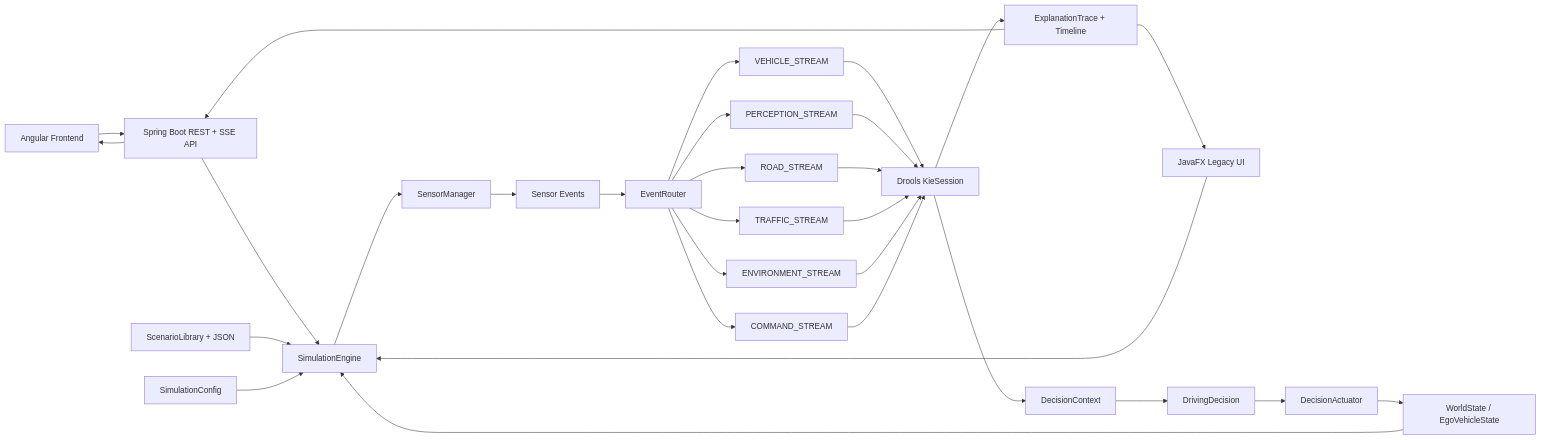
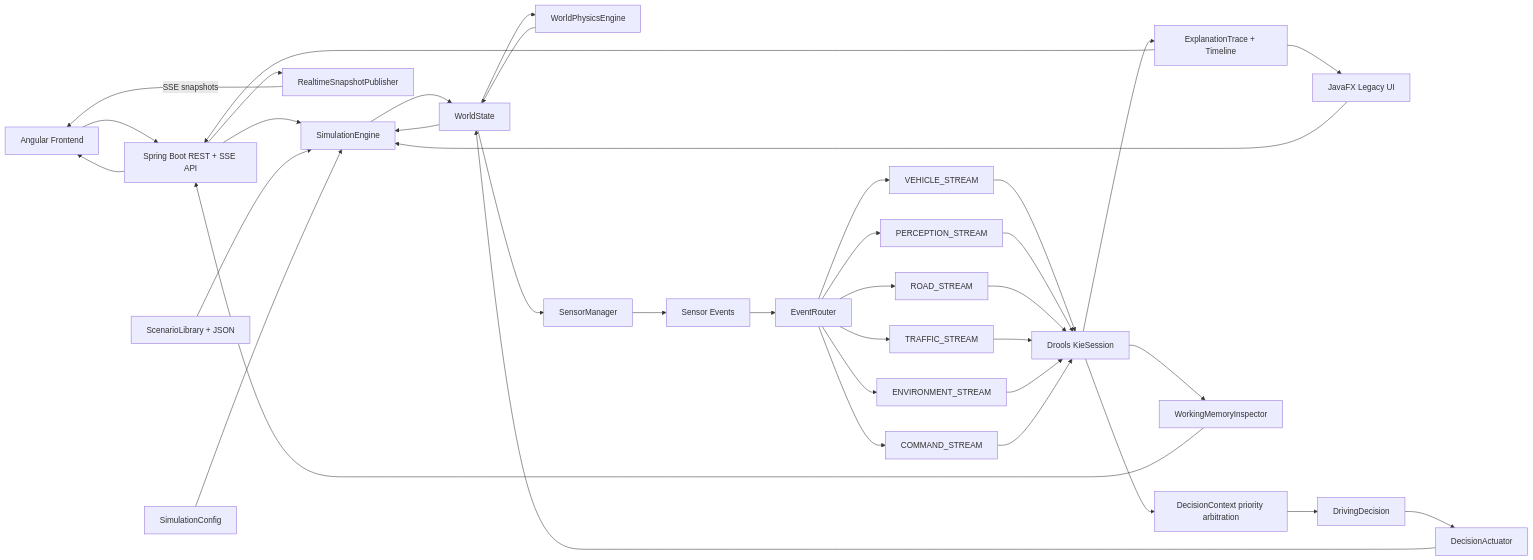
The diagram in diagrams/01-system-architecture.md (1-2Drive/projeto-1), drawn with Mermaid before and after one commit. The commit also changed 87 other files, not shown here.

````diff
--- a/diagrams/01-system-architecture.md
+++ b/diagrams/01-system-architecture.md
@@ -1,38 +1,45 @@
 ```mermaid
 flowchart LR
     ANG[Angular Frontend] --> API[Spring Boot REST + SSE API]
     JAVA_FX[JavaFX Legacy UI] --> ENGINE[SimulationEngine]
     API --> ENGINE
 
     SCENARIO[ScenarioLibrary + JSON] --> ENGINE
     CONFIG[SimulationConfig] --> ENGINE
 
-    ENGINE --> SENSORS[SensorManager]
+    ENGINE --> WORLD[WorldState]
+    WORLD --> PHYSICS[WorldPhysicsEngine]
+    PHYSICS --> WORLD
+    WORLD --> SENSORS[SensorManager]
     SENSORS --> EVENTS[Sensor Events]
     EVENTS --> ROUTER[EventRouter]
 
     ROUTER --> EP1[VEHICLE_STREAM]
     ROUTER --> EP2[PERCEPTION_STREAM]
     ROUTER --> EP3[ROAD_STREAM]
     ROUTER --> EP4[TRAFFIC_STREAM]
     ROUTER --> EP5[ENVIRONMENT_STREAM]
     ROUTER --> EP6[COMMAND_STREAM]
 
     EP1 --> DROOLS[Drools KieSession]
     EP2 --> DROOLS
     EP3 --> DROOLS
     EP4 --> DROOLS
     EP5 --> DROOLS
     EP6 --> DROOLS
 
-    DROOLS --> CTX[DecisionContext]
+    DROOLS --> CTX[DecisionContext priority arbitration]
     CTX --> DECISION[DrivingDecision]
     DECISION --> ACT[DecisionActuator]
-    ACT --> WORLD[WorldState / EgoVehicleState]
+    ACT --> WORLD
     WORLD --> ENGINE
 
     DROOLS --> TRACE[ExplanationTrace + Timeline]
+    DROOLS --> WM[WorkingMemoryInspector]
     TRACE --> API
+    WM --> API
     TRACE --> JAVA_FX
     API --> ANG
+    API --> PUBLISHER[RealtimeSnapshotPublisher]
+    PUBLISHER -->|SSE snapshots| ANG
 ```
````
